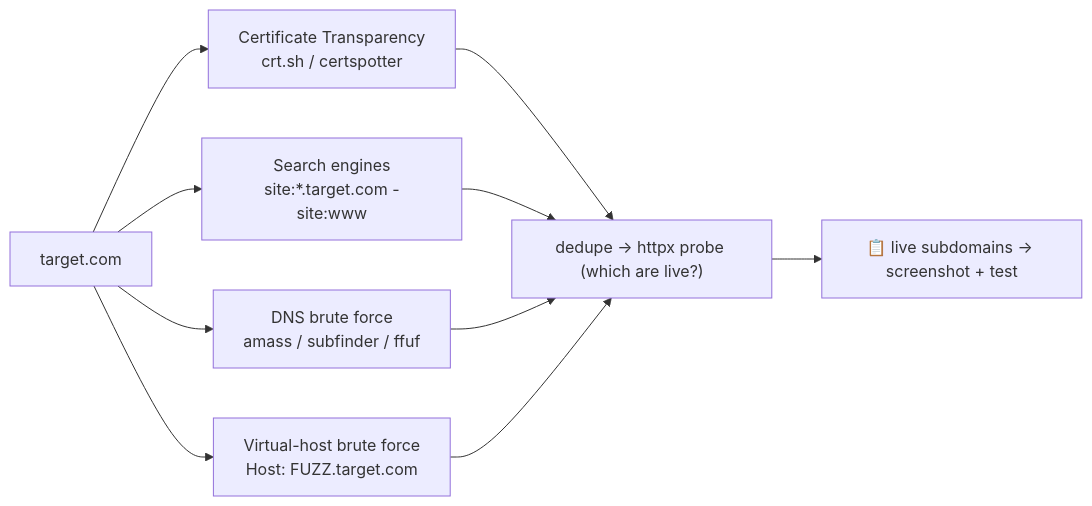
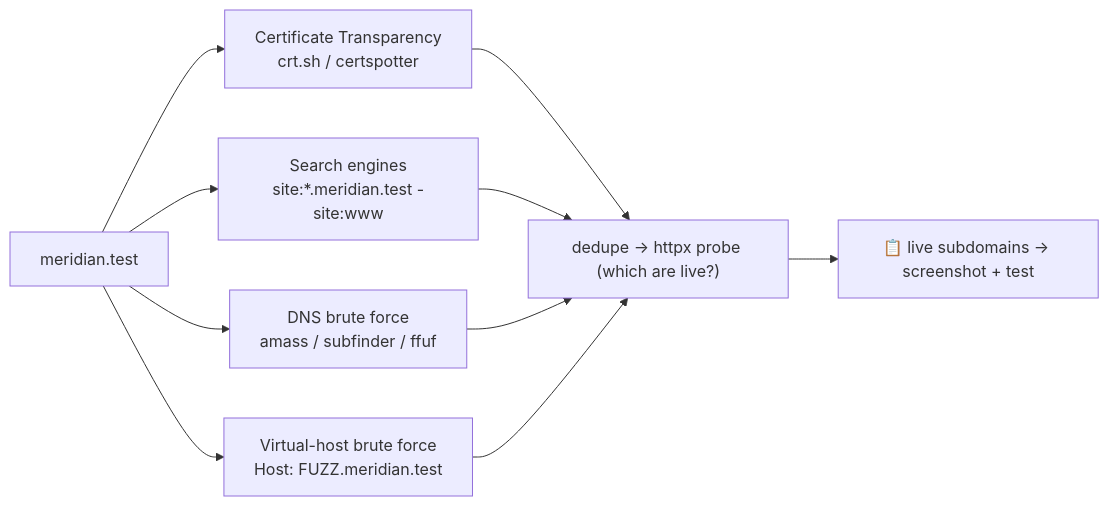
The second of 3 diagrams in Application Security/Web Fundamentals.md (nnr-root/cybersec-crook2root-notes), drawn with Mermaid before and after one commit. The commit also changed other lines of this file, not shown here.

````diff
--- a/Application Security/Web Fundamentals.md
+++ b/Application Security/Web Fundamentals.md
@@ -165,9 +180,9 @@
 ```mermaid
 flowchart LR
-    T["target.com"] --> CT["Certificate Transparency<br/>crt.sh / certspotter"]
-    T --> SE["Search engines<br/>site:*.target.com -site:www"]
+    T["meridian.test"] --> CT["Certificate Transparency<br/>crt.sh / certspotter"]
+    T --> SE["Search engines<br/>site:*.meridian.test -site:www"]
     T --> BF["DNS brute force<br/>amass / subfinder / ffuf"]
-    T --> VH["Virtual-host brute force<br/>Host: FUZZ.target.com"]
+    T --> VH["Virtual-host brute force<br/>Host: FUZZ.meridian.test"]
     CT & SE & BF & VH --> DEDUP["dedupe → httpx probe (which are live?)"]
     DEDUP --> M["📋 live subdomains → screenshot + test"]
 ```
````
